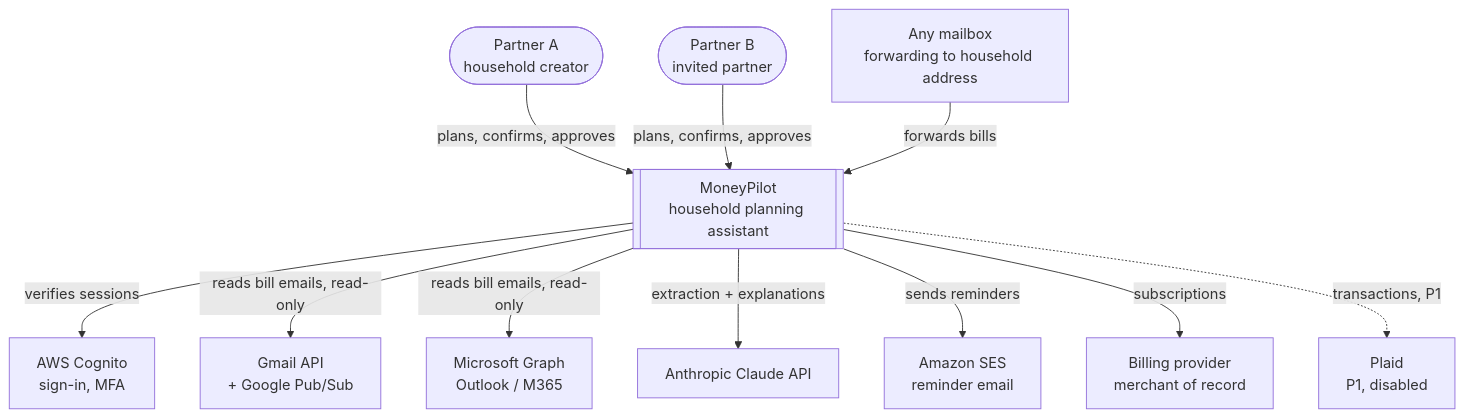
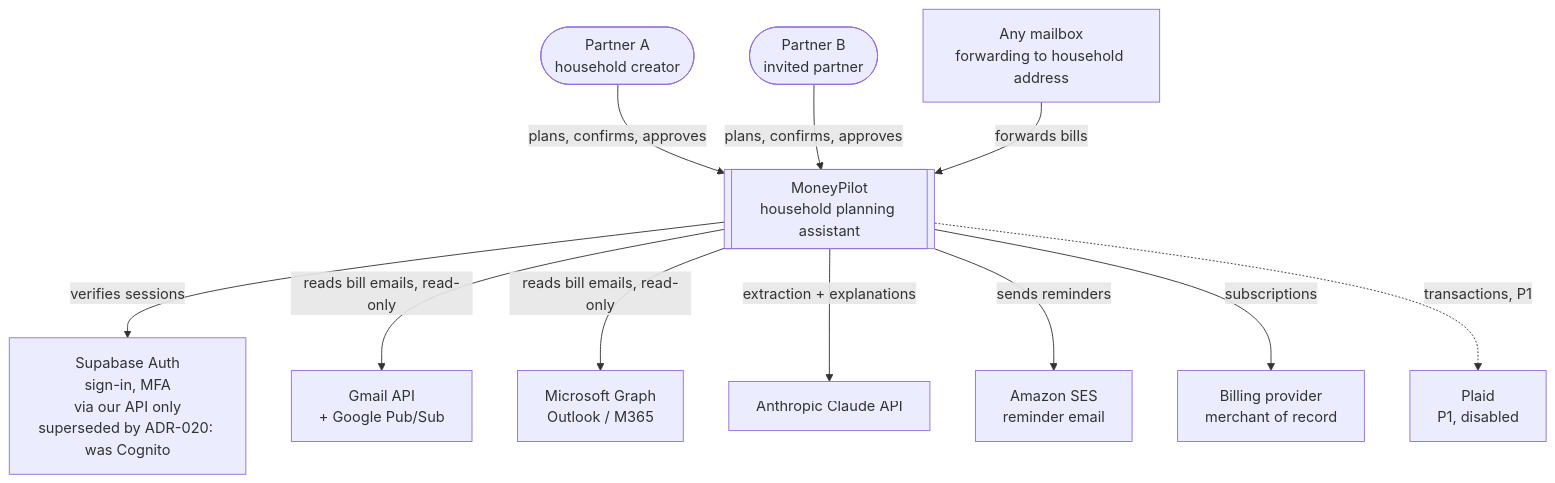
Before and after one commit to JaySingh86/MoneyPilotAI: the first of 9 diagrams in docs/architecture/ARCHITECTURE.md, drawn with Mermaid. The commit also changed other lines of this file and 74 other files, not shown here.

First line of the commit message:
WP-33: Supabase Auth through the API (ADR-020); Cognito and Amplify removed; WP-33 done (owner G1 sign-off pending)

````diff
--- a/docs/architecture/ARCHITECTURE.md
+++ b/docs/architecture/ARCHITECTURE.md
@@ -9,25 +9,25 @@
 ```mermaid
 flowchart TB
   A([Partner A<br/>household creator])
   B([Partner B<br/>invited partner])
   MP[[MoneyPilot<br/>household planning assistant]]
-  CL[AWS Cognito<br/>sign-in, MFA]
+  CL[Supabase Auth<br/>sign-in, MFA<br/>via our API only<br/>superseded by ADR-020: was Cognito]
   GM[Gmail API<br/>+ Google Pub/Sub]
   MS[Microsoft Graph<br/>Outlook / M365]
   IN[Any mailbox<br/>forwarding to household address]
   AN[Anthropic Claude API]
   SES[Amazon SES<br/>reminder email]
   PAY[Billing provider<br/>merchant of record]
   PL[Plaid<br/>P1, disabled]
 
   A -- plans, confirms, approves --> MP
   B -- plans, confirms, approves --> MP
   MP -- verifies sessions --> CL
   MP -- reads bill emails, read-only --> GM
   MP -- reads bill emails, read-only --> MS
   IN -- forwards bills --> MP
   MP -- extraction + explanations --> AN
   MP -- sends reminders --> SES
   MP -- subscriptions --> PAY
   MP -. transactions, P1 .-> PL
 ```
````
